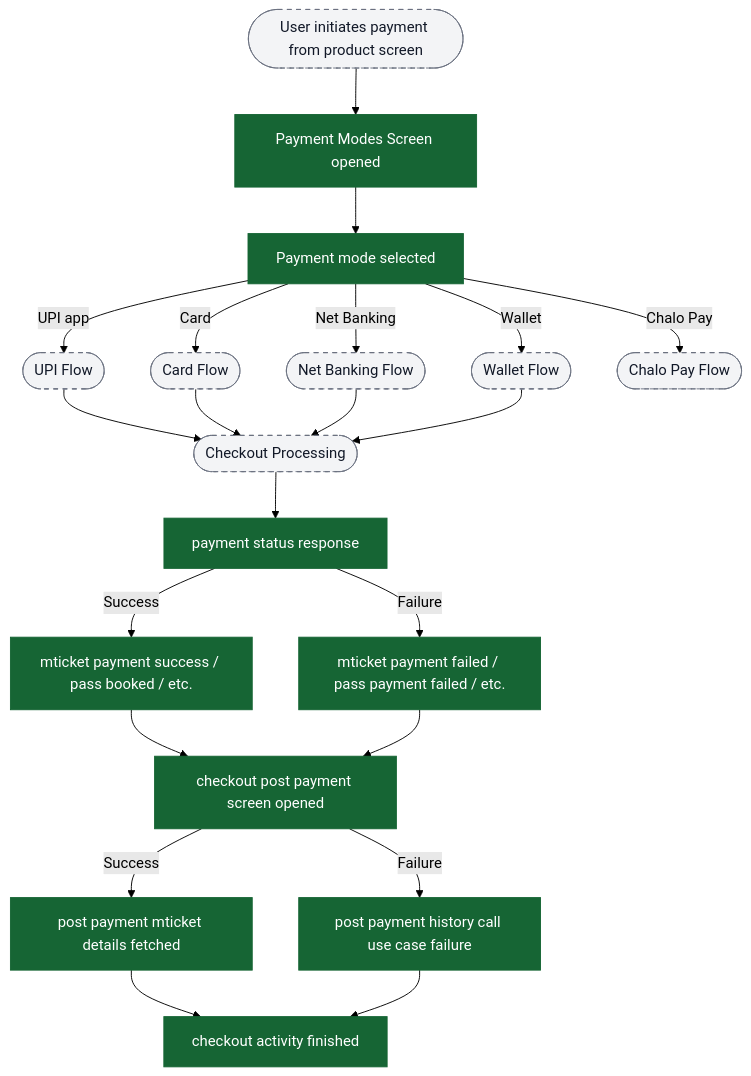
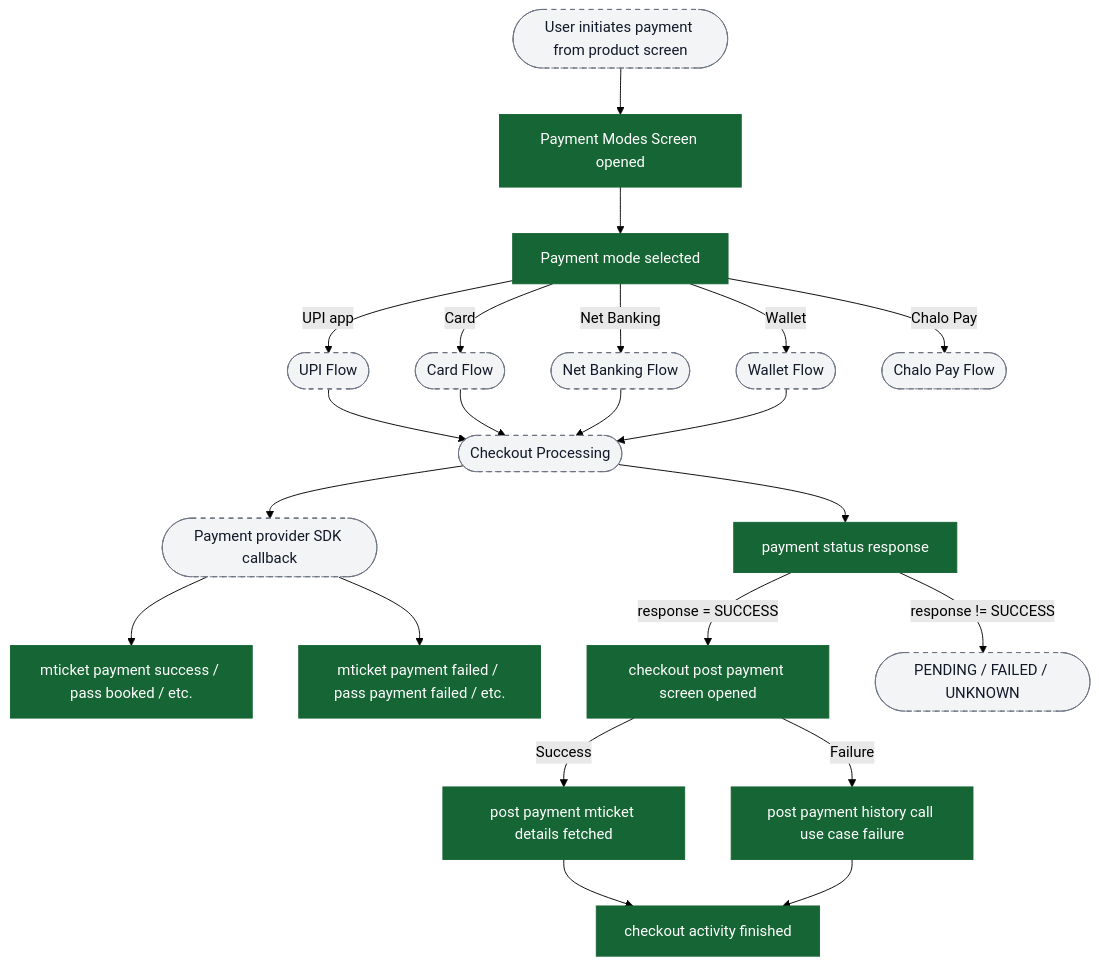
The second of 11 diagrams in content/analytics/payment/flow-diagrams.md (ratulsarna/chalo-app-dashboard), drawn with Mermaid (forest theme) before and after one commit. The commit also changed other lines of this file, not shown here.

First line of the commit message:
docs(analytics): clarify payment funnel success semantics

````diff
--- a/content/analytics/payment/flow-diagrams.md
+++ b/content/analytics/payment/flow-diagrams.md
@@ -31,43 +35,46 @@
 ```mermaid
 flowchart TD
   %%chalo:diagram-link ui_upiFlow -> title:Funnel: UPI payment method flow
   %%chalo:diagram-link ui_cardFlow -> title:Funnel: Card payment method flow
   %%chalo:diagram-link ui_netbankingFlow -> title:Funnel: Net Banking & Wallet flows
   %%chalo:diagram-link ui_walletFlow -> title:Funnel: Net Banking & Wallet flows
   %%chalo:diagram-link ui_chaloPayFlow -> title:Funnel: Chalo Pay wallet flow
   ui_entry([User initiates payment from product screen]) --> ev_mainScreenOpen["Payment Modes Screen opened"]
 
   ev_mainScreenOpen --> ev_paymentModeSelected["Payment mode selected"]
 
   ev_paymentModeSelected -->|UPI app| ui_upiFlow([UPI Flow])
   ev_paymentModeSelected -->|Card| ui_cardFlow([Card Flow])
   ev_paymentModeSelected -->|Net Banking| ui_netbankingFlow([Net Banking Flow])
   ev_paymentModeSelected -->|Wallet| ui_walletFlow([Wallet Flow])
   ev_paymentModeSelected -->|Chalo Pay| ui_chaloPayFlow([Chalo Pay Flow])
 
   ui_upiFlow --> ui_checkout([Checkout Processing])
   ui_cardFlow --> ui_checkout
   ui_netbankingFlow --> ui_checkout
   ui_walletFlow --> ui_checkout
 
+  %% Two important signals happen around the payment attempt:
+  %% 1) Gateway callback events (SDK-level) can fire before status polling
+  %% 2) Status polling ("payment status response") is the backend-confirmed signal
+  ui_checkout --> ui_gatewayCallback([Payment provider SDK callback])
+  ui_gatewayCallback --> ev_gatewaySuccess["mticket payment success / pass booked / etc."]
+  ui_gatewayCallback --> ev_gatewayFailed["mticket payment failed / pass payment failed / etc."]
+
   ui_checkout --> ev_paymentStatusResponse["payment status response"]
-
-  ev_paymentStatusResponse -->|Success| ev_productSuccess["mticket payment success / pass booked / etc."]
-  ev_paymentStatusResponse -->|Failure| ev_productFailed["mticket payment failed / pass payment failed / etc."]
-
-  ev_productSuccess --> ev_postPaymentOpen["checkout post payment screen opened"]
-  ev_productFailed --> ev_postPaymentOpen
+  ev_paymentStatusResponse -->|response = SUCCESS| ev_postPaymentOpen["checkout post payment screen opened"]
+  ev_paymentStatusResponse -->|response != SUCCESS| ui_notConfirmed([PENDING / FAILED / UNKNOWN])
 
   ev_postPaymentOpen -->|Success| ev_detailsFetched["post payment mticket details fetched"]
   ev_postPaymentOpen -->|Failure| ev_historyFailure["post payment history call use case failure"]
 
   ev_detailsFetched --> ev_checkoutFinished["checkout activity finished"]
   ev_historyFailure --> ev_checkoutFinished
 
   classDef event fill:#166534,stroke:#166534,color:#ffffff;
   classDef ui fill:#f3f4f6,stroke:#6b7280,stroke-dasharray: 5 5,color:#111827;
   classDef external fill:#ffffff,stroke:#6b7280,stroke-dasharray: 3 3,color:#111827;
 
-  class ev_mainScreenOpen,ev_paymentModeSelected,ev_paymentStatusResponse,ev_productSuccess,ev_productFailed,ev_postPaymentOpen,ev_detailsFetched,ev_historyFailure,ev_checkoutFinished event;
-  class ui_entry,ui_upiFlow,ui_cardFlow,ui_netbankingFlow,ui_walletFlow,ui_chaloPayFlow,ui_checkout ui;
+  class ev_mainScreenOpen,ev_paymentModeSelected,ev_gatewaySuccess,ev_gatewayFailed,ev_paymentStatusResponse,ev_postPaymentOpen,ev_detailsFetched,ev_historyFailure,ev_checkoutFinished event;
+  class ui_entry,ui_upiFlow,ui_cardFlow,ui_netbankingFlow,ui_walletFlow,ui_chaloPayFlow,ui_checkout,ui_gatewayCallback,ui_notConfirmed ui;
 ```
````
